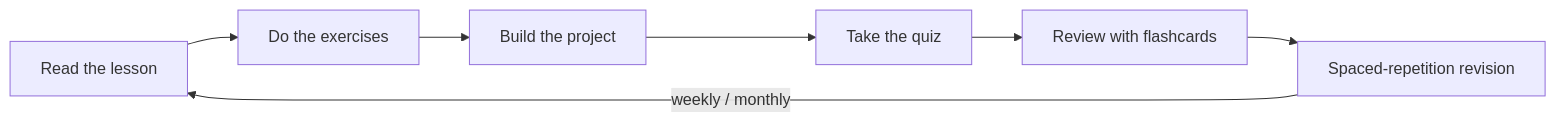
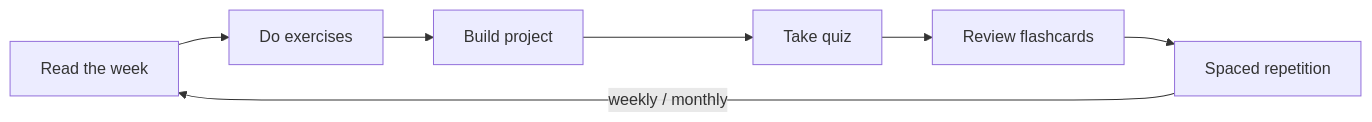
One commit to aadarshreddydepa/AI_Engineer_Handbook changed the diagram in README.md. Above: the diagram before and after it, drawn with Mermaid. The commit also changed other lines of this file and 249 other files, not shown here.

````diff
--- a/README.md
+++ b/README.md
@@ -31,9 +29,9 @@
 ```mermaid
 flowchart LR
-    A[Read the lesson] --> B[Do the exercises]
-    B --> C[Build the project]
-    C --> D[Take the quiz]
-    D --> E[Review with flashcards]
-    E --> F[Spaced-repetition revision]
+    A[Read the week] --> B[Do exercises]
+    B --> C[Build project]
+    C --> D[Take quiz]
+    D --> E[Review flashcards]
+    E --> F[Spaced repetition]
     F -->|weekly / monthly| A
 ```
````
